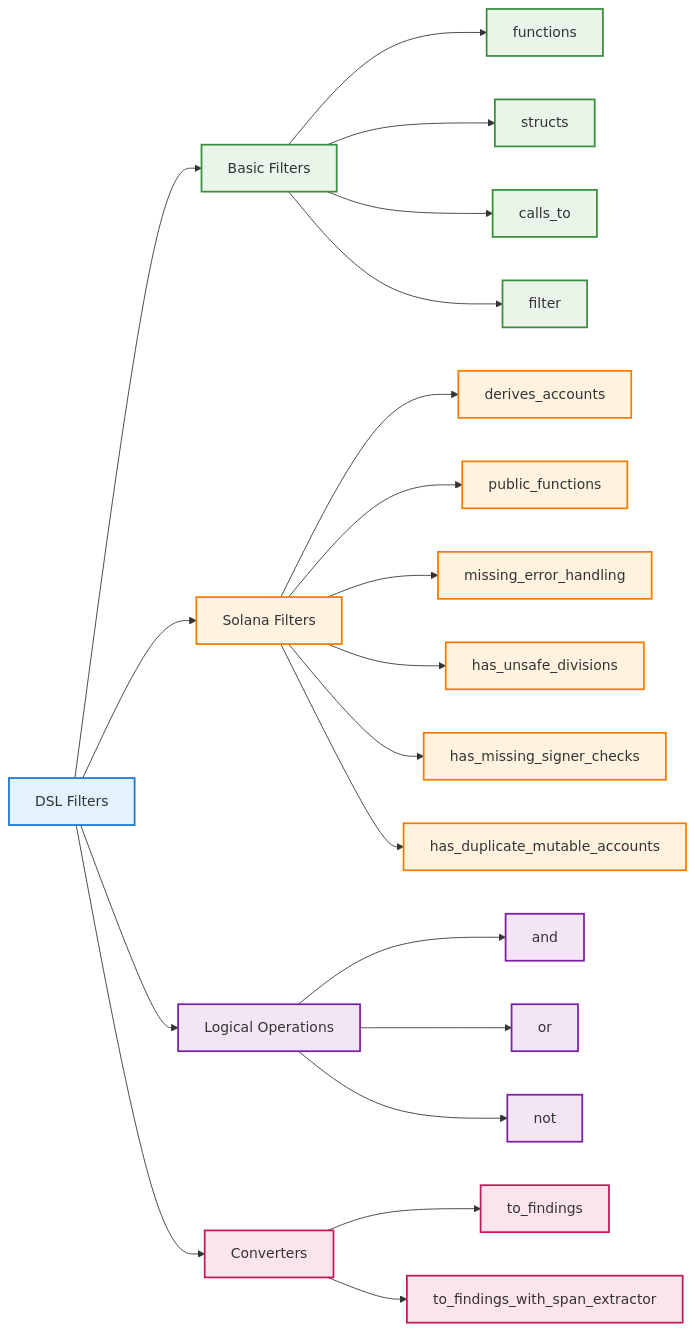
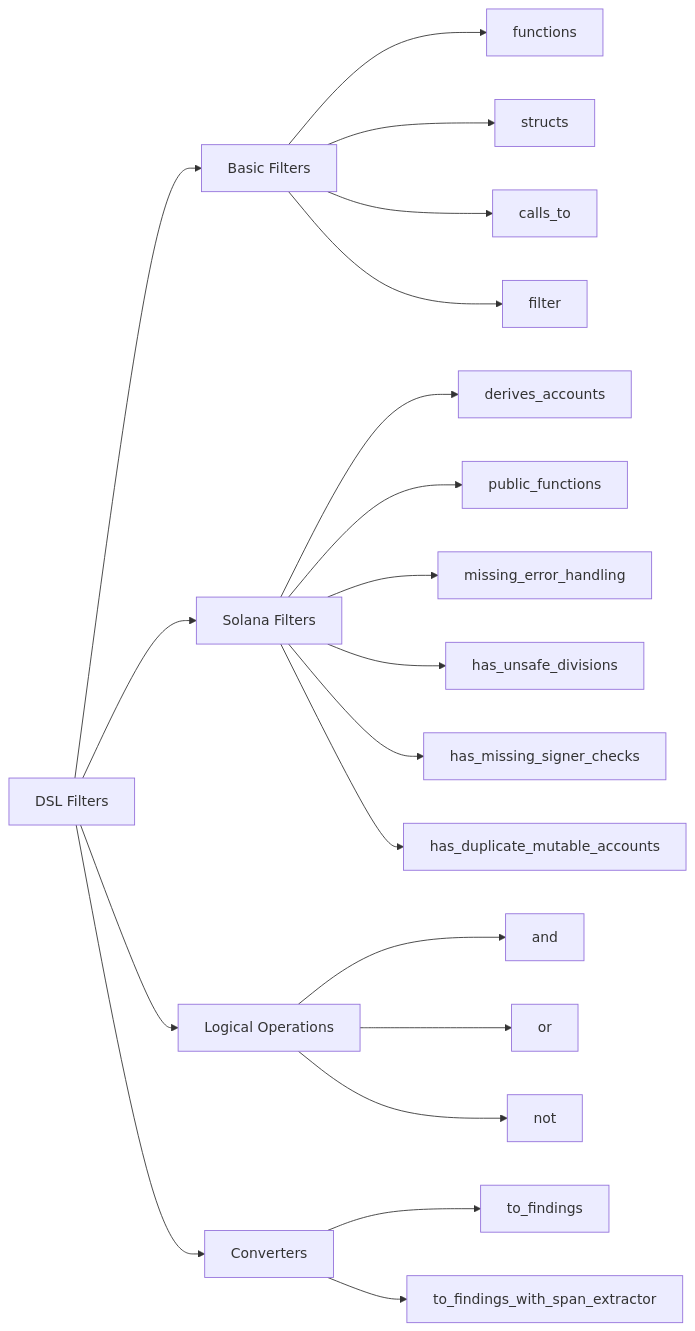
The sixth of 6 diagrams in ARCHITECTURE.md (Naro-chain/Solana_Static_Analyzer), drawn with Mermaid before and after one commit. The commit also changed other lines of this file, not shown here.

Commit message:
docs: modify architecture documentation

````diff
--- a/ARCHITECTURE.md
+++ b/ARCHITECTURE.md
@@ -234,44 +186,31 @@
 ```mermaid
 flowchart LR
     %% Filter Categories
     FILTERS[DSL Filters] --> BASIC[Basic Filters]
     FILTERS --> SOLANA[Solana Filters]
     FILTERS --> LOGICAL[Logical Operations]
     FILTERS --> CONVERT[Converters]
     
     %% Basic Filters
     BASIC --> B1[functions]
     BASIC --> B2[structs]
     BASIC --> B3[calls_to]
     BASIC --> B4[filter]
     
     %% Solana Filters
     SOLANA --> S1[derives_accounts]
     SOLANA --> S2[public_functions]
     SOLANA --> S3[missing_error_handling]
     SOLANA --> S4[has_unsafe_divisions]
     SOLANA --> S5[has_missing_signer_checks]
     SOLANA --> S6[has_duplicate_mutable_accounts]
     
     %% Logical Operations
     LOGICAL --> L1[and]
     LOGICAL --> L2[or]
     LOGICAL --> L3[not]
     
     %% Converters
     CONVERT --> C1[to_findings]
     CONVERT --> C2[to_findings_with_span_extractor]
-    
-    %% Styling
-    classDef category fill:#e3f2fd,stroke:#1976d2,stroke-width:2px
-    classDef basic fill:#e8f5e8,stroke:#388e3c,stroke-width:2px
-    classDef solana fill:#fff3e0,stroke:#f57c00,stroke-width:2px
-    classDef logical fill:#f3e5f5,stroke:#7b1fa2,stroke-width:2px
-    classDef convert fill:#fce4ec,stroke:#c2185b,stroke-width:2px
-    
-    class FILTERS category
-    class BASIC,B1,B2,B3,B4 basic
-    class SOLANA,S1,S2,S3,S4,S5,S6 solana
-    class LOGICAL,L1,L2,L3 logical
-    class CONVERT,C1,C2 convert
 ```
````
